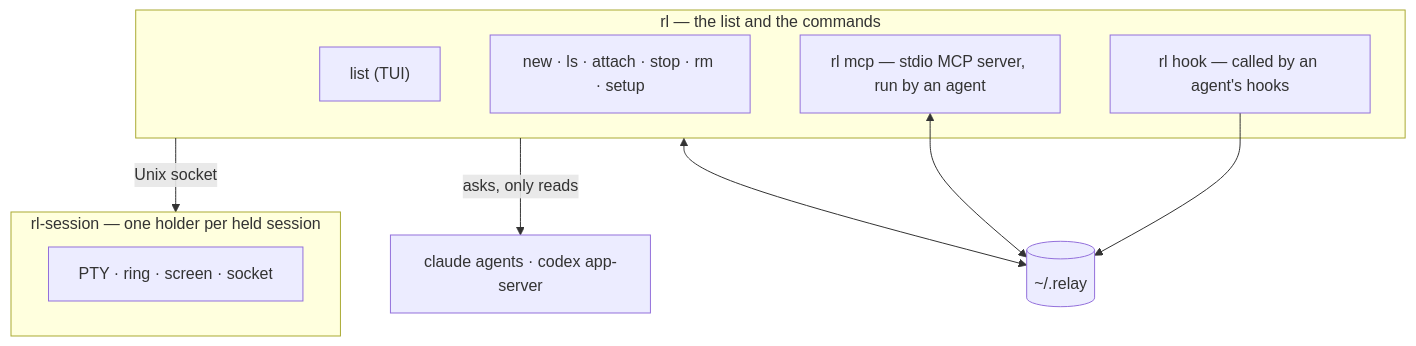
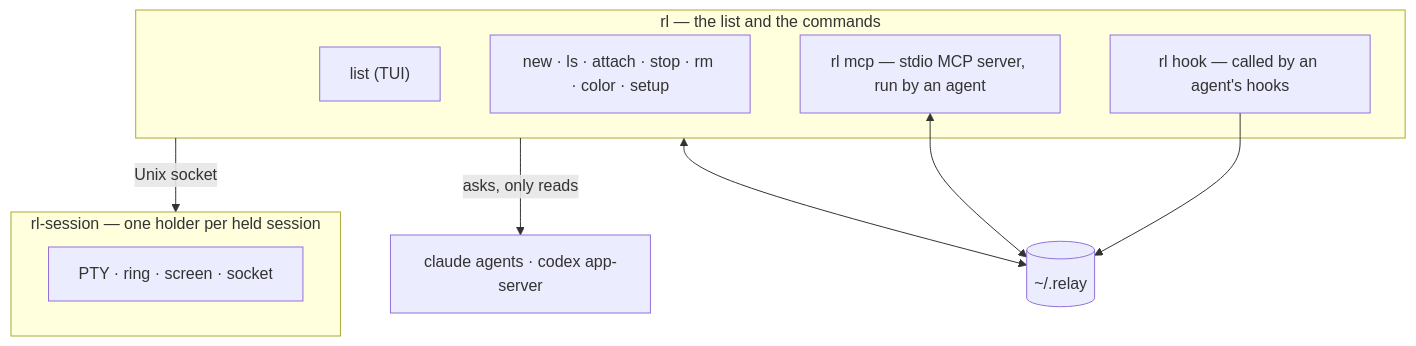
Before and after one commit to instilled/relay: the diagram in docs/ARCHITECTURE.md, drawn with Mermaid. The commit also changed other lines of this file and 22 other files, not shown here.

````diff
--- a/docs/ARCHITECTURE.md
+++ b/docs/ARCHITECTURE.md
@@ -15,19 +15,19 @@
 ```mermaid
 flowchart TB
     subgraph rl["rl — the list and the commands"]
         tui["list (TUI)"]
-        cmds["new · ls · attach · stop · rm · setup"]
+        cmds["new · ls · attach · stop · rm · color · setup"]
         hook["rl hook — called by an agent's hooks"]
         mcp["rl mcp — stdio MCP server, run by an agent"]
     end
     subgraph holder["rl-session — one holder per held session"]
         h["PTY · ring · screen · socket"]
     end
     files[("~/.relay")]
     native["claude agents · codex app-server"]
     rl -- "Unix socket" --> holder
     rl <--> files
     hook --> files
     mcp <--> files
     rl -- "asks, only reads" --> native
 ```
````
